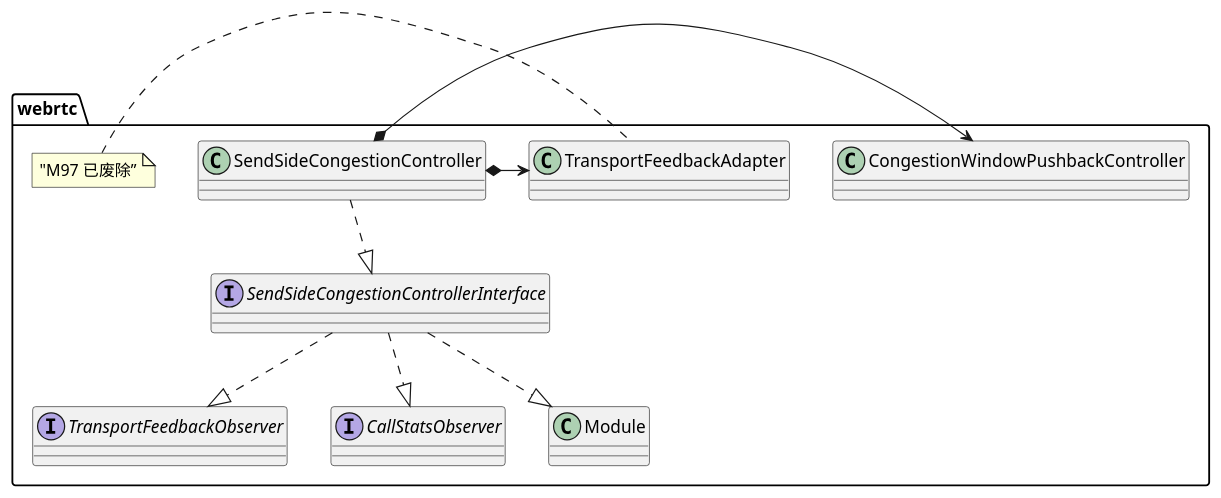
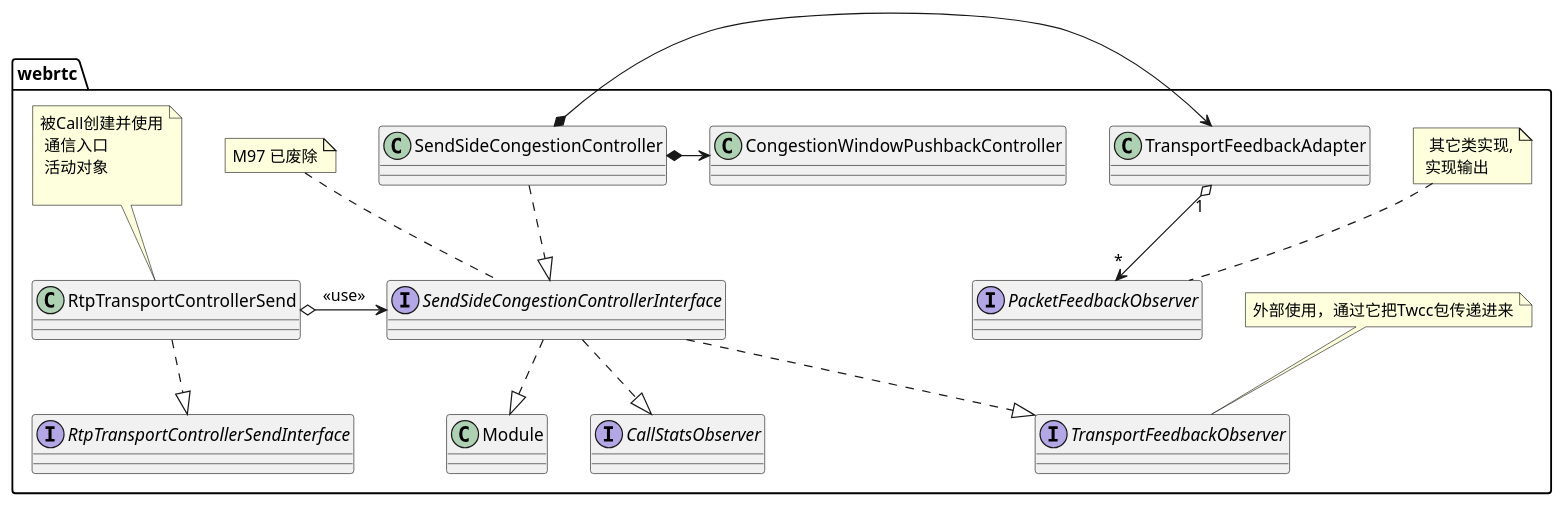
One commit to mingxin505/webrtcNote changed the third of 10 diagrams in webrtc_chrome/modules.md. Above: the diagram before and after it, drawn with PlantUML. The commit also changed other lines of this file and 3 other files, not shown here.

````diff
--- a/webrtc_chrome/modules.md
+++ b/webrtc_chrome/modules.md
@@ -67,18 +67,32 @@
 ```plantuml
 @startuml
 package webrtc {
 interface SendSideCongestionControllerInterface
 interface TransportFeedbackObserver
+interface PacketFeedbackObserver
 interface CallStatsObserver
+interface RtpTransportControllerSendInterface
+
+RtpTransportControllerSend o-> SendSideCongestionControllerInterface : <<use>>
+
+RtpTransportControllerSend ..|>RtpTransportControllerSendInterface
 
 SendSideCongestionController *-> CongestionWindowPushbackController
 SendSideCongestionController *-> TransportFeedbackAdapter
+TransportFeedbackAdapter "1" o--> "*" PacketFeedbackObserver
 SendSideCongestionController ..|> SendSideCongestionControllerInterface
-note left: "M97 已废除”
 SendSideCongestionControllerInterface ..|> Module
 SendSideCongestionControllerInterface ..|> TransportFeedbackObserver
 SendSideCongestionControllerInterface ..|> CallStatsObserver
 
+note  "M97 已废除" as N1
+N1 .. SendSideCongestionControllerInterface
+note "被Call创建并使用\n 通信入口\n 活动对象\n " as N2
+N2 .. RtpTransportControllerSend
+note "  其它类实现,\n 实现输出" as N3
+N3 .. PacketFeedbackObserver
+note "外部使用，通过它把Twcc包传递进来" as N4
+N4 .. TransportFeedbackObserver
 }
 @enduml
 ```
````
